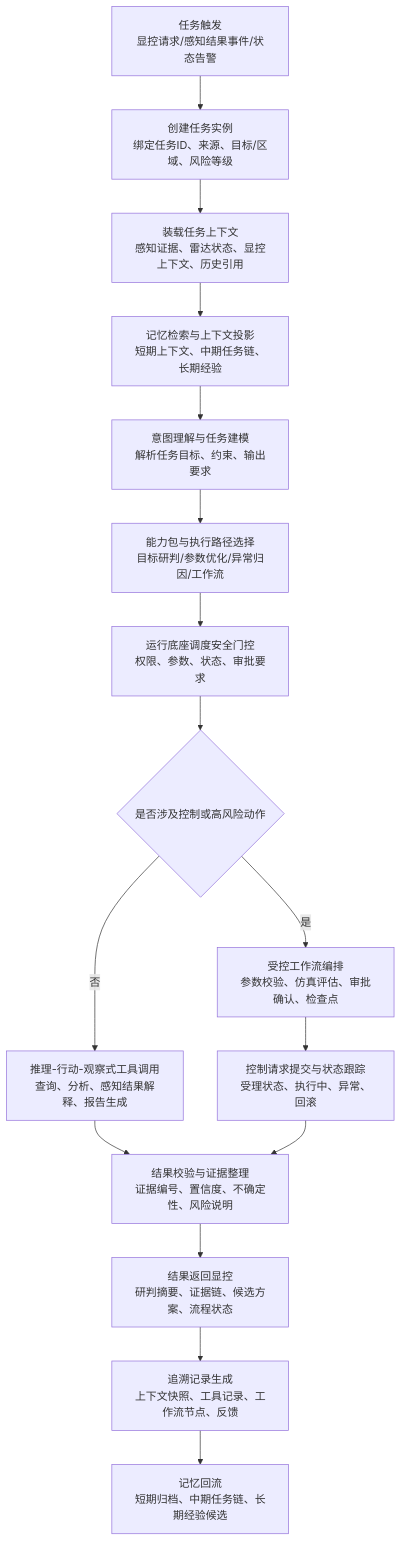
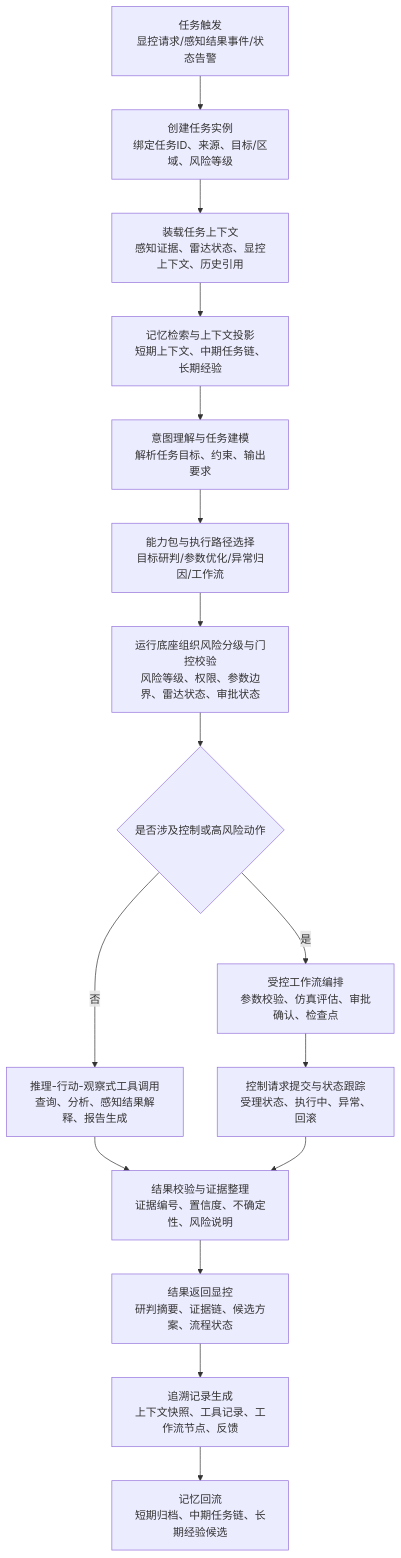
Before and after one commit to StormSeven1/obsidian-vault: the second of 7 diagrams in radar agent/4.3.3.2 LD智能体子系统技术方案.md, drawn with Mermaid. The commit also changed other lines of this file, not shown here.

````diff
--- a/radar agent/4.3.3.2 LD智能体子系统技术方案.md
+++ b/radar agent/4.3.3.2 LD智能体子系统技术方案.md
@@ -68,18 +69,18 @@
 ```mermaid
 flowchart TD
     A[任务触发<br/>显控请求/感知结果事件/状态告警] --> B[创建任务实例<br/>绑定任务ID、来源、目标/区域、风险等级]
     B --> C[装载任务上下文<br/>感知证据、雷达状态、显控上下文、历史引用]
     C --> D[记忆检索与上下文投影<br/>短期上下文、中期任务链、长期经验]
     D --> E[意图理解与任务建模<br/>解析任务目标、约束、输出要求]
     E --> F[能力包与执行路径选择<br/>目标研判/参数优化/异常归因/工作流]
-    F --> G[运行底座调度安全门控<br/>权限、参数、状态、审批要求]
+    F --> G[运行底座组织风险分级与门控校验<br/>风险等级、权限、参数边界、雷达状态、审批状态]
     G --> R{是否涉及控制或高风险动作}
     R -- 否 --> H[推理-行动-观察式工具调用<br/>查询、分析、感知结果解释、报告生成]
     R -- 是 --> I[受控工作流编排<br/>参数校验、仿真评估、审批确认、检查点]
     H --> J[结果校验与证据整理<br/>证据编号、置信度、不确定性、风险说明]
     I --> Q[控制请求提交与状态跟踪<br/>受理状态、执行中、异常、回滚]
     Q --> J
     J --> K[结果返回显控<br/>研判摘要、证据链、候选方案、流程状态]
     K --> L[追溯记录生成<br/>上下文快照、工具记录、工作流节点、反馈]
     L --> M[记忆回流<br/>短期归档、中期任务链、长期经验候选]
 ```
````
